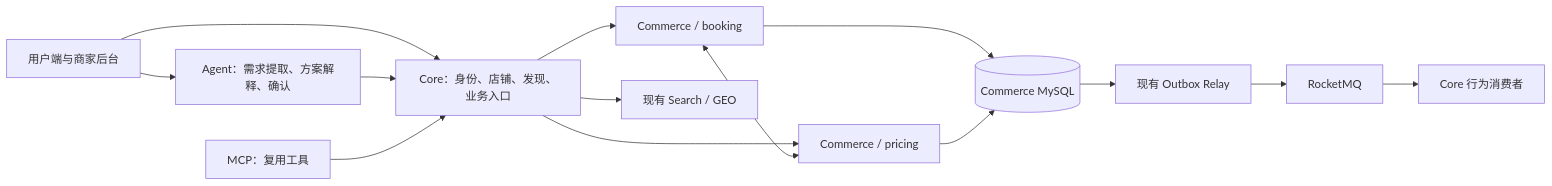
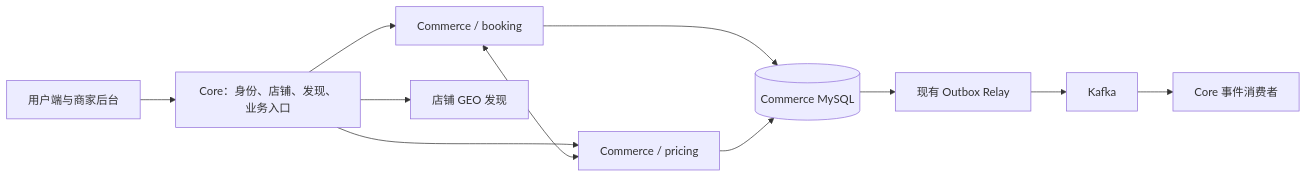
One commit to Tancaject/CityCopilot changed the first of 2 diagrams in docs/architecture/booking-pricing-implementation-plan.md. Above: the diagram before and after it, drawn with Mermaid. The commit also changed other lines of this file and 114 other files, not shown here.

First line of the commit message:
feat: replace RocketMQ with Kafka and batch seckill order persistence

````diff
--- a/docs/architecture/booking-pricing-implementation-plan.md
+++ b/docs/architecture/booking-pricing-implementation-plan.md
@@ -62,16 +57,13 @@
 ```mermaid
 flowchart LR
     WEB["用户端与商家后台"] --> CORE["Core：身份、店铺、发现、业务入口"]
-    WEB --> AGENT["Agent：需求提取、方案解释、确认"]
-    AGENT --> CORE
-    MCP["MCP：复用工具"] --> CORE
     CORE --> BOOK["Commerce / booking"]
     CORE --> PRICE["Commerce / pricing"]
     BOOK <--> PRICE
     BOOK --> DB[("Commerce MySQL")]
     PRICE --> DB
     DB --> RELAY["现有 Outbox Relay"]
-    RELAY --> MQ["RocketMQ"]
-    MQ --> FEEDBACK["Core 行为消费者"]
-    CORE --> SEARCH["现有 Search / GEO"]
+    RELAY --> MQ["Kafka"]
+    MQ --> CONSUMER["Core 事件消费者"]
+    CORE --> GEO["店铺 GEO 发现"]
 ```
````
